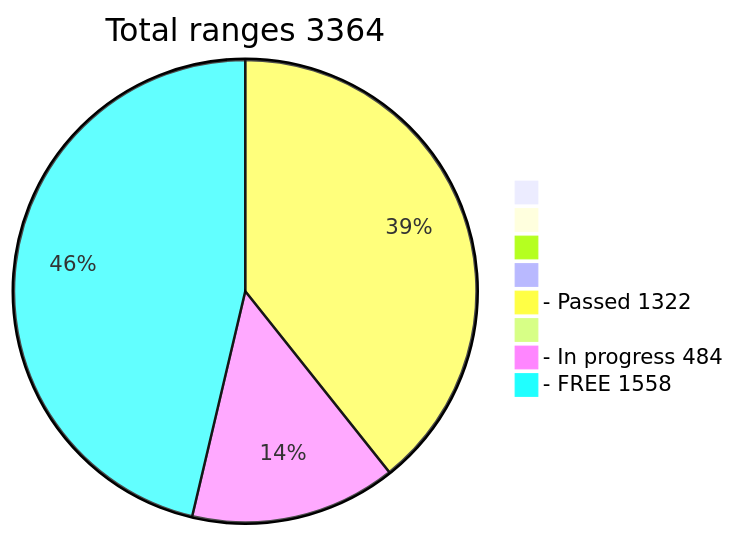
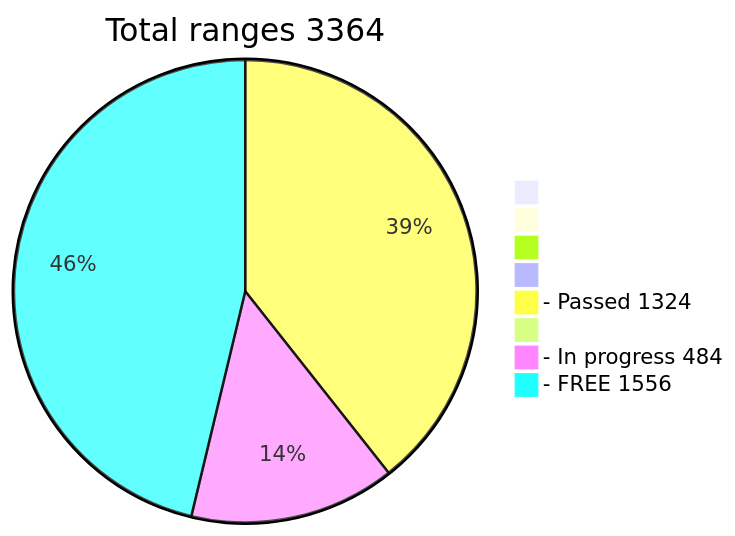
One commit to phrutis/wif500 changed the diagram in README.md. Above: the diagram before and after it, drawn with Mermaid.

````diff
--- a/README.md
+++ b/README.md
@@ -16,12 +16,12 @@
 ```mermaid
 pie title Total ranges 3364
              " " : 0
             "  " : 0
            "   " : 0
           "    " : 0
-  "- Passed 1322" : 1322
+  "- Passed 1324" : 1324
          "     " : 0
   "- In progress 484" : 484
-   "- FREE 1558" : 1558
+   "- FREE 1556" : 1556
    
 ```
````
